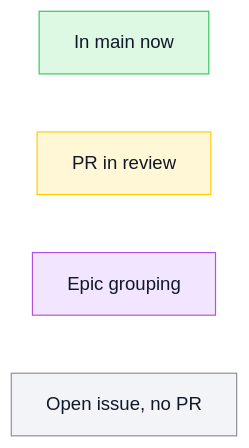
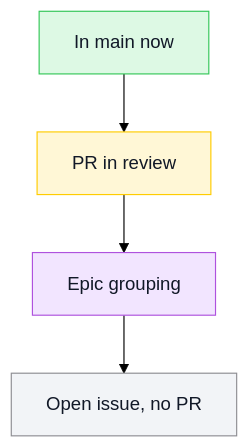
The first of 2 diagrams in README.md (mihaelamj/PureYAML), drawn with Mermaid (forest theme) before and after one commit. The commit also changed other lines of this file and 43 other files, not shown here.

````diff
--- a/README.md
+++ b/README.md
@@ -27,15 +27,15 @@
 ```mermaid
 flowchart TB
   classDef done fill:#ddf9e4,stroke:#34c759,color:#111827
   classDef review fill:#fff7d6,stroke:#ffcc00,color:#111827
   classDef epic fill:#f2e5ff,stroke:#af52de,color:#111827
   classDef todo fill:#f2f4f7,stroke:#8e8e93,color:#111827
   %% Completed parser replacement epics: #1 #8 #9 #10 #11 #12 #13
   LDone["In main now"]:::done
   LReview["PR in review"]:::review
   LEpic["Epic grouping"]:::epic
   LTodo["Open issue, no PR"]:::todo
-  LDone ~~~ LReview
-  LReview ~~~ LEpic
-  LEpic ~~~ LTodo
+  LDone --> LReview
+  LReview --> LEpic
+  LEpic --> LTodo
 ```
````
